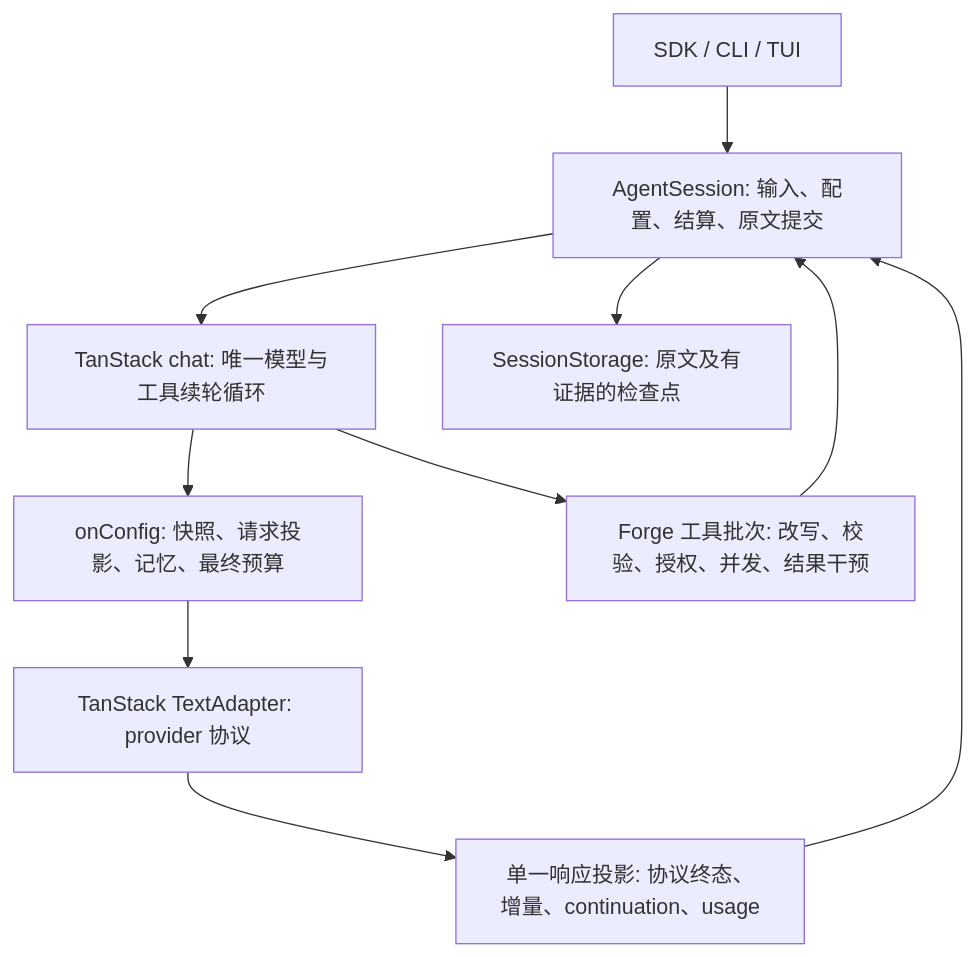
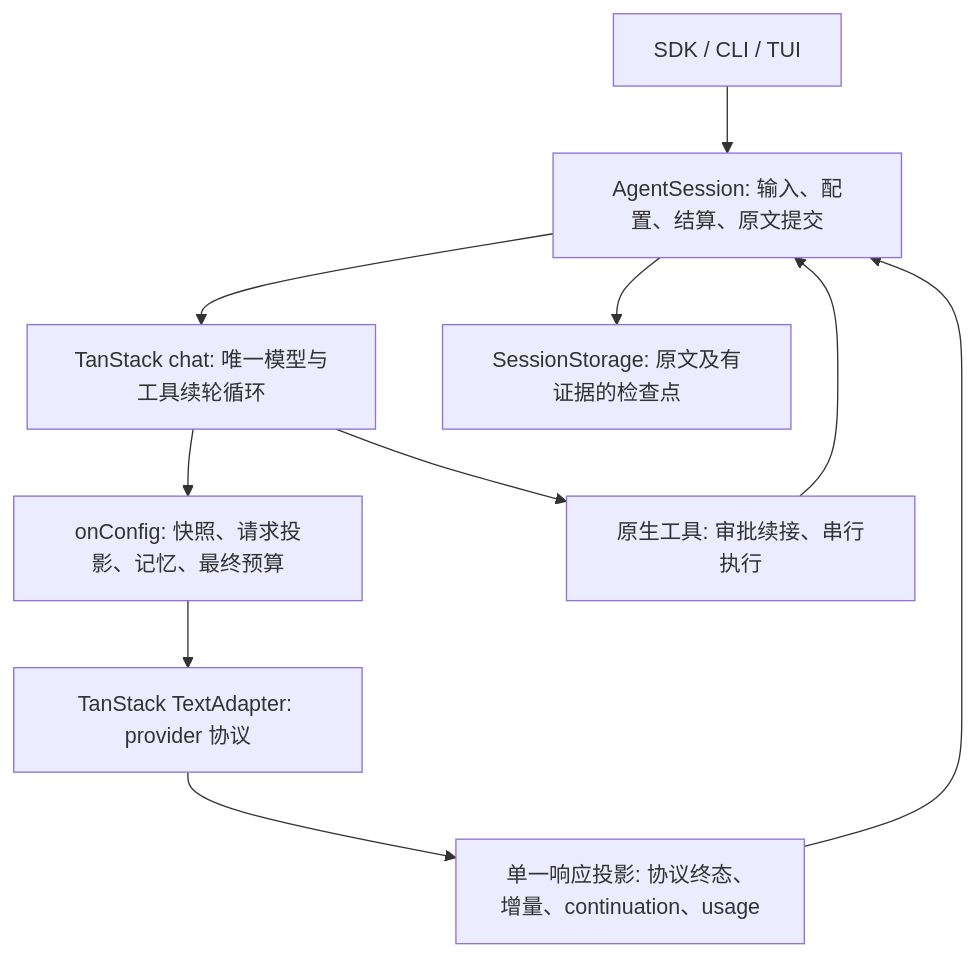
The diagram in docs/phases/tanstack-foundation.md (L-1ngg/forge-agent), drawn with Mermaid before and after one commit. The commit also changed other lines of this file and 36 other files, not shown here.

````diff
--- a/docs/phases/tanstack-foundation.md
+++ b/docs/phases/tanstack-foundation.md
@@ -22,12 +22,12 @@
 ```mermaid
 flowchart TD
   H[SDK / CLI / TUI] --> S[AgentSession: 输入、配置、结算、原文提交]
   S --> C[TanStack chat: 唯一模型与工具续轮循环]
   C --> M[onConfig: 快照、请求投影、记忆、最终预算]
   M --> A[TanStack TextAdapter: provider 协议]
-  C --> T[Forge 工具批次: 改写、校验、授权、并发、结果干预]
+  C --> T[原生工具: 审批续接、串行执行]
   A --> R[单一响应投影: 协议终态、增量、continuation、usage]
   R --> S
   T --> S
   S --> D[SessionStorage: 原文及有证据的检查点]
 ```
````
